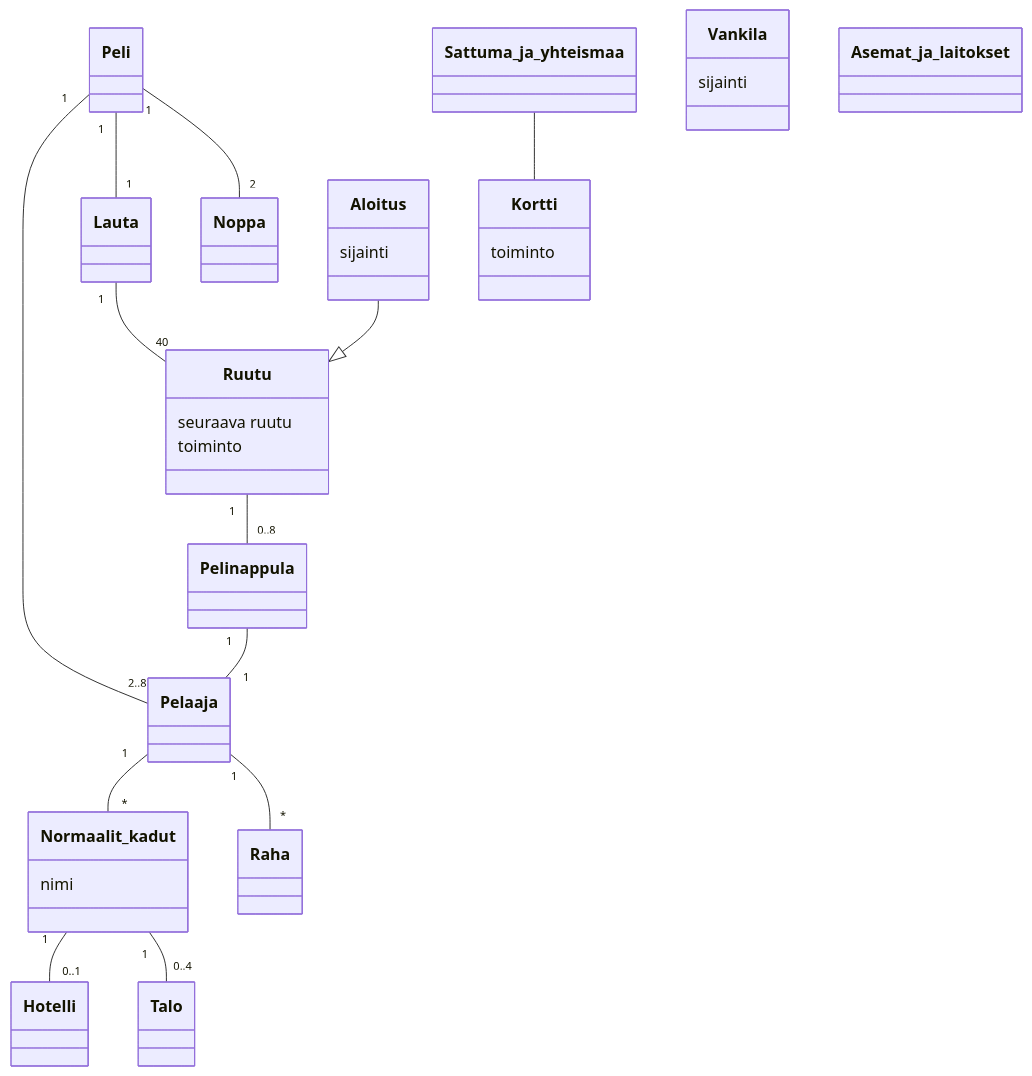
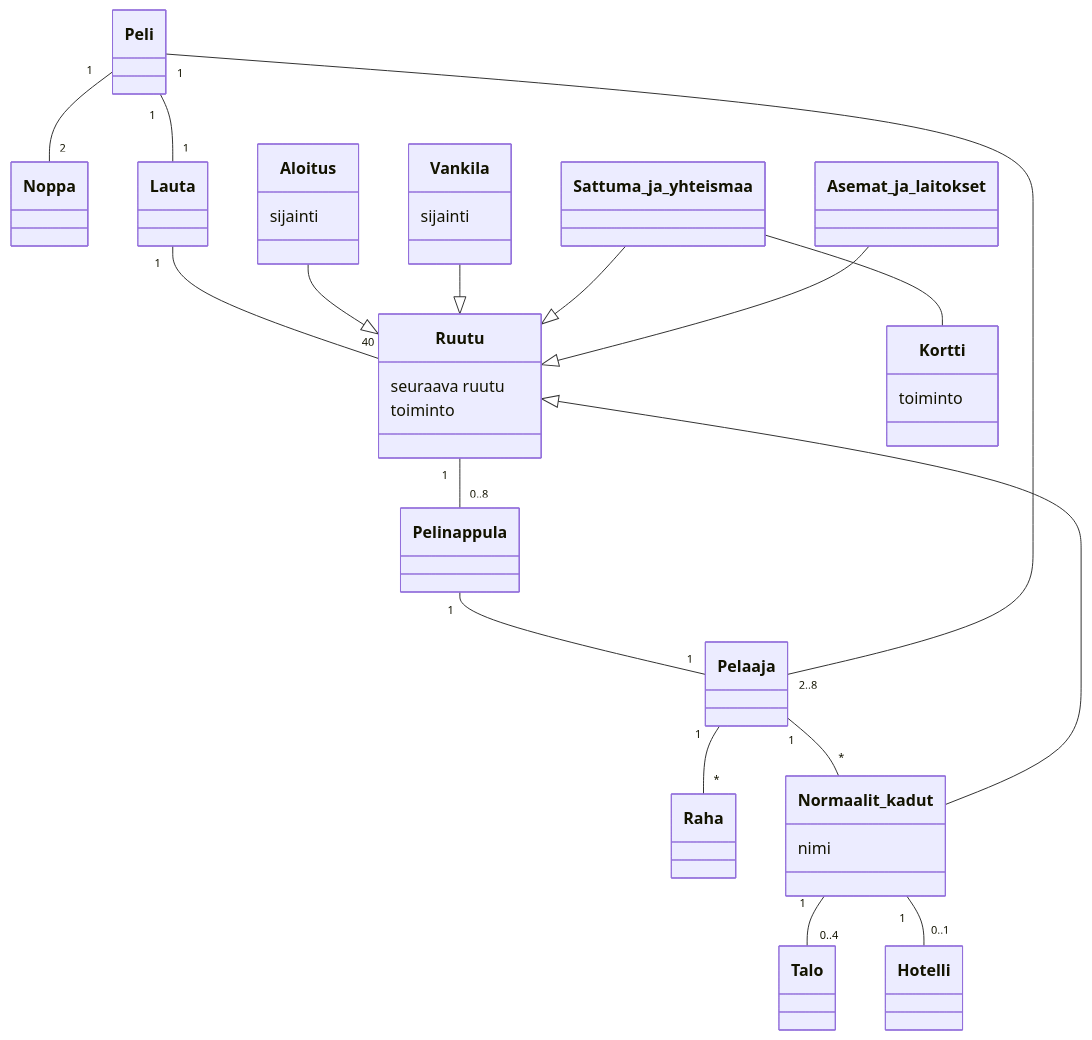
One commit to phuvio/ot-harjoitustyo changed the second of 2 diagrams in laskarit/viikko3/monopoli.md. Above: the diagram before and after it, drawn with Mermaid.

````diff
--- a/laskarit/viikko3/monopoli.md
+++ b/laskarit/viikko3/monopoli.md
@@ -28,51 +28,55 @@
 ```mermaid
  classDiagram
       Peli "1"--"2" Noppa
       Peli "1"--"1" Lauta
       Lauta "1"--"40" Ruutu
       Ruutu "1"--"0..8" Pelinappula
       Pelinappula "1"--"1" Pelaaja
       Pelaaja "2..8"--"1" Peli
       Pelaaja "1"--"*" Raha
       Sattuma_ja_yhteismaa -- Kortti
       Normaalit_kadut "1"--"0..4" Talo
       Normaalit_kadut "1"--"0..1" Hotelli
       Pelaaja "1"--"*" Normaalit_kadut
       Aloitus --|> Ruutu
+      Vankila --|> Ruutu
+      Sattuma_ja_yhteismaa --|> Ruutu
+      Asemat_ja_laitokset --|> Ruutu
+      Normaalit_kadut --|> Ruutu
       class Peli{
       }
       class Lauta{
       }
       class Ruutu{
       seuraava ruutu
       toiminto
       }
       class Raha{
       }
       class Pelaaja{
       }
       class Pelinappula{
       }
       class Noppa{
       }
       class Aloitus{
       sijainti
       }
       class Vankila{
       sijainti
       }
       class Sattuma_ja_yhteismaa{
       }
       class Kortti{
       toiminto
       }
       class Asemat_ja_laitokset{
       }
       class Normaalit_kadut{
       nimi
       }
       class Hotelli{
       }
       class Talo{
       }
 ```
````
